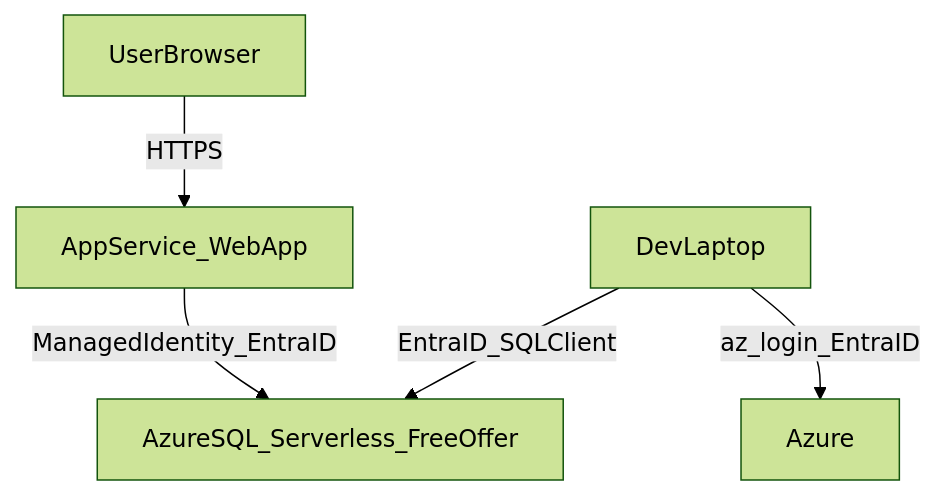
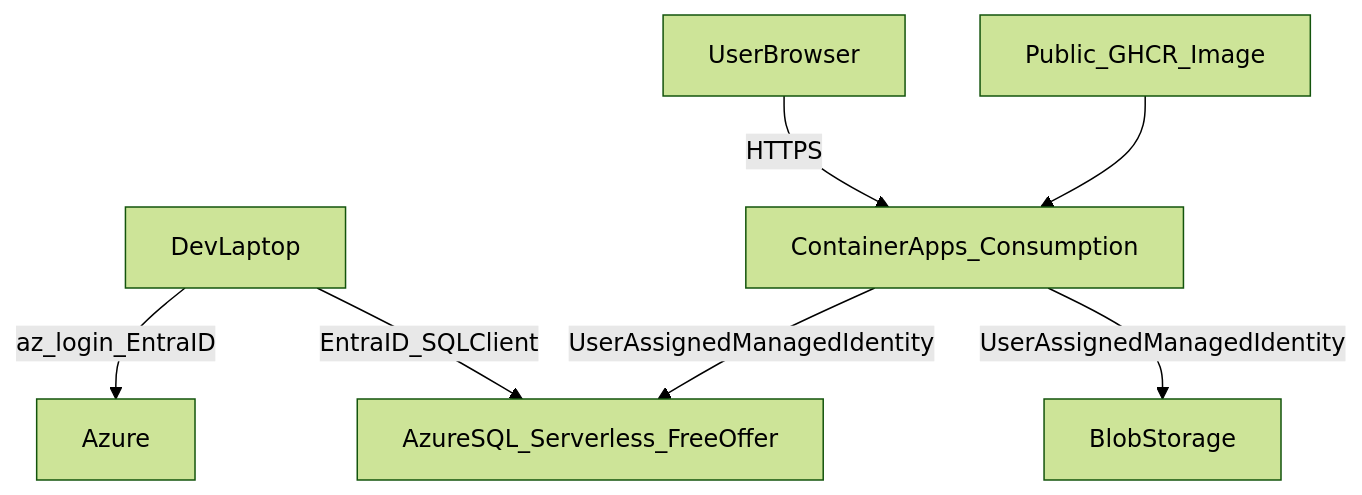
The first of 2 diagrams in README.md (VincentAdvocaat/RecipeLibrary), drawn with Mermaid (forest theme) before and after one commit. The commit also changed other lines of this file and 17 other files, not shown here.

Commit message:
feat: migrate test deploy to Azure Container Apps with GHCR and cost guard

````diff
--- a/README.md
+++ b/README.md
@@ -9,7 +9,9 @@
 ```mermaid
 flowchart TD
   DevLaptop[DevLaptop] -->|az_login_EntraID| Azure[Azure]
-  UserBrowser[UserBrowser] -->|HTTPS| WebApp[AppService_WebApp]
-  WebApp -->|ManagedIdentity_EntraID| AzureSQL[AzureSQL_Serverless_FreeOffer]
+  UserBrowser[UserBrowser] -->|HTTPS| ContainerApp[ContainerApps_Consumption]
+  GHCR[Public_GHCR_Image] --> ContainerApp
+  ContainerApp -->|UserAssignedManagedIdentity| AzureSQL[AzureSQL_Serverless_FreeOffer]
+  ContainerApp -->|UserAssignedManagedIdentity| BlobStorage[BlobStorage]
   DevLaptop -->|EntraID_SQLClient| AzureSQL
 ```
````
